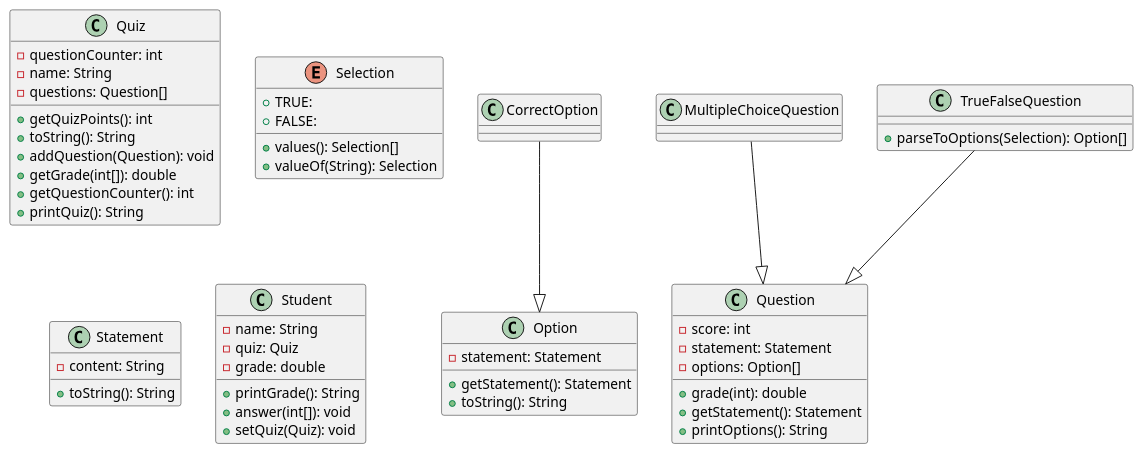
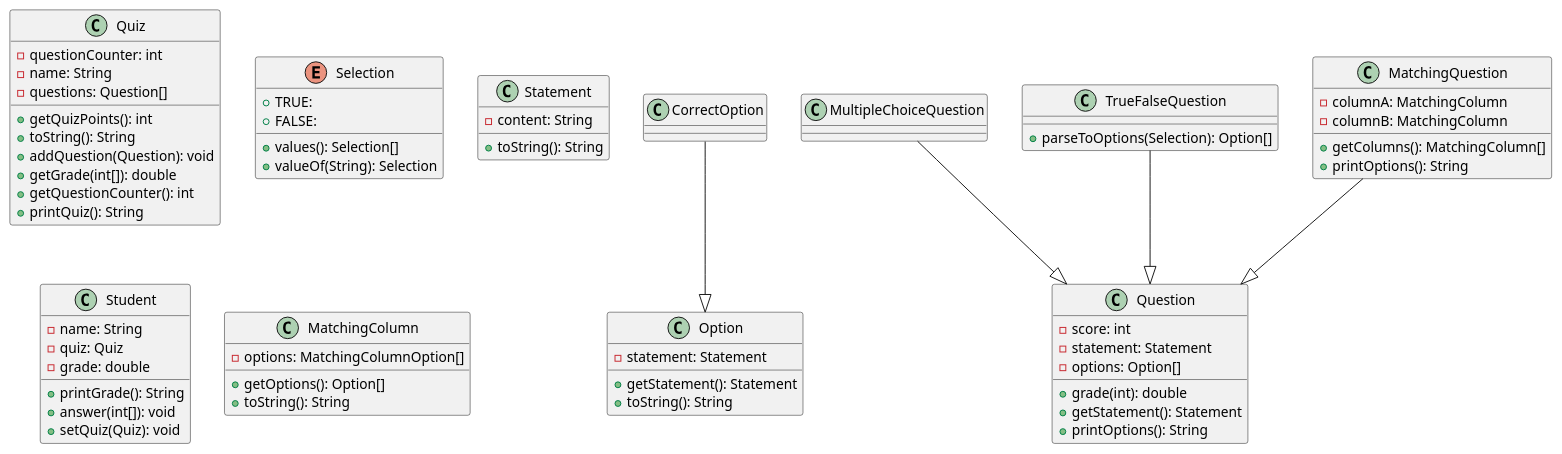
The diagram in src/Quiz.puml (wesdell/quizz_design), drawn with PlantUML before and after one commit.

Commit message:
Update design to implement matching questions

```diff
--- a/src/Quiz.puml
+++ b/src/Quiz.puml
@@ -1,62 +1,76 @@
 @startuml
 class CorrectOption
 
 class MultipleChoiceQuestion
 
 class Option {
   - statement: Statement
   + getStatement(): Statement
   + toString(): String
 }
 
 class Question {
   - score: int
   - statement: Statement
   - options: Option[]
   + grade(int): double
   + getStatement(): Statement
   + printOptions(): String
 }
 
 class Quiz {
   - questionCounter: int
   - name: String
   - questions: Question[]
   + getQuizPoints(): int
   + toString(): String
   + addQuestion(Question): void
   + getGrade(int[]): double
   + getQuestionCounter(): int
   + printQuiz(): String
 }
 
 enum Selection {
   + TRUE:
   + FALSE:
   + values(): Selection[]
   + valueOf(String): Selection
 }
 
 class Statement {
   - content: String
   + toString(): String
 }
 
 class Student {
   - name: String
   - quiz: Quiz
   - grade: double
   + printGrade(): String
   + answer(int[]): void
   + setQuiz(Quiz): void
 }
 
 class TrueFalseQuestion {
   + parseToOptions(Selection): Option[]
 }
 
+class MatchingQuestion {
+  - columnA: MatchingColumn
+  - columnB: MatchingColumn
+  + getColumns(): MatchingColumn[]
+  + printOptions(): String
+}
+
+class MatchingColumn {
+  - options: MatchingColumnOption[]
+  + getOptions(): Option[]
+  + toString(): String
+}
+
 CorrectOption           --|>  Option
 
 MultipleChoiceQuestion  --|>  Question
 TrueFalseQuestion       --|>  Question
+MatchingQuestion        --|>  Question
 @enduml
```
